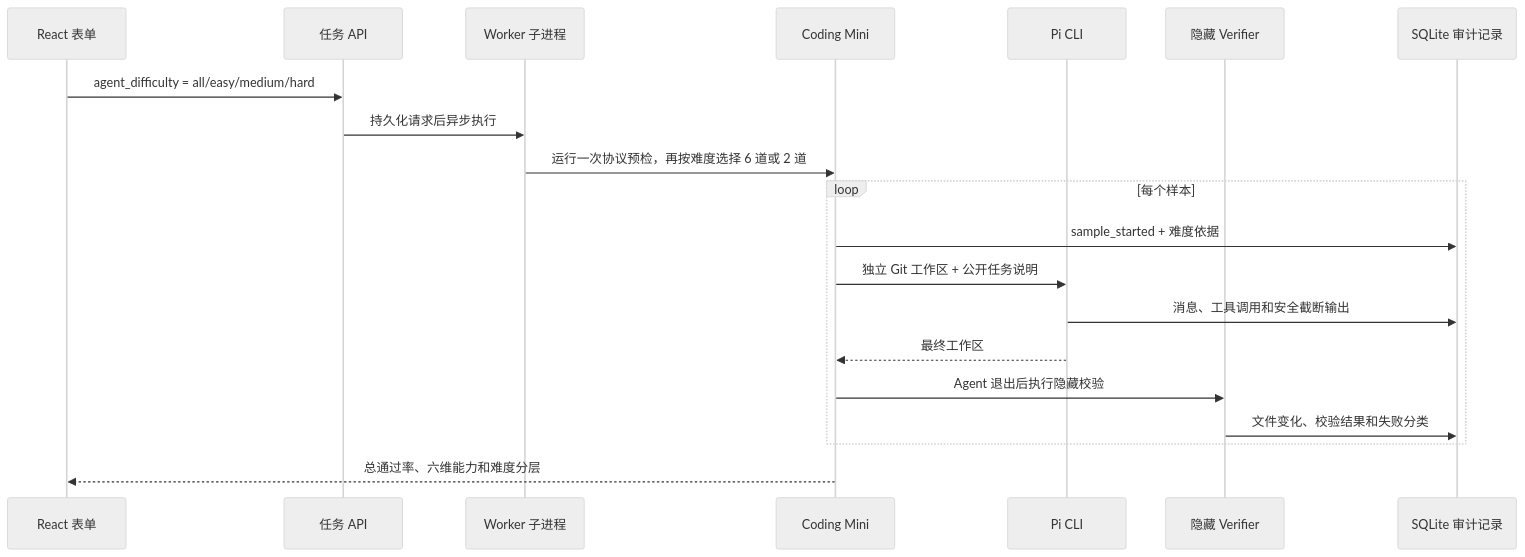
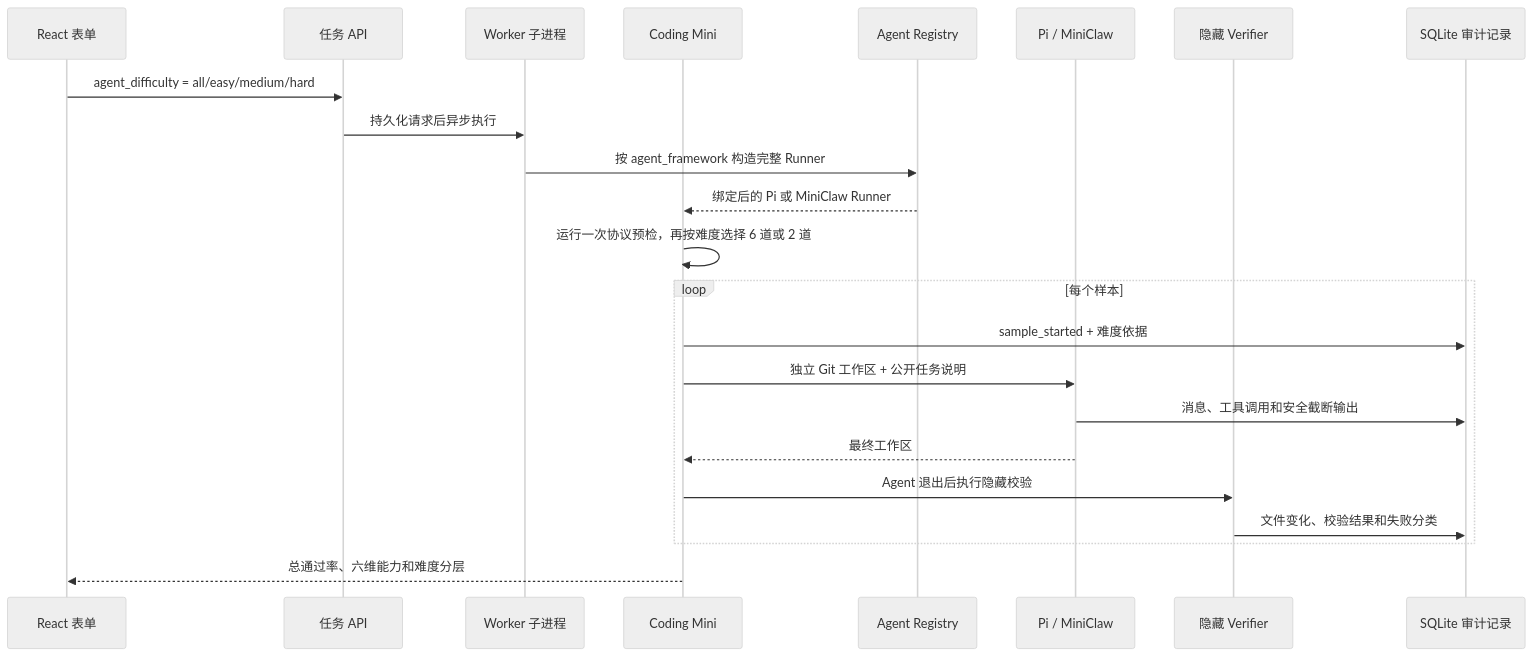
Before and after one commit to NEDONION/evalhub: the second of 2 diagrams in docs/architecture/20260804_系统架构.md, drawn with Mermaid (neutral theme). The commit also changed other lines of this file and 5 other files, not shown here.

````diff
--- a/docs/architecture/20260804_系统架构.md
+++ b/docs/architecture/20260804_系统架构.md
@@ -81,23 +86,26 @@
 ```mermaid
 sequenceDiagram
     participant UI as React 表单
     participant API as 任务 API
     participant W as Worker 子进程
     participant B as Coding Mini
-    participant C as Pi CLI
+    participant R as Agent Registry
+    participant C as Pi / MiniClaw
     participant V as 隐藏 Verifier
     participant DB as SQLite 审计记录
 
     UI->>API: agent_difficulty = all/easy/medium/hard
     API->>W: 持久化请求后异步执行
-    W->>B: 运行一次协议预检，再按难度选择 6 道或 2 道
+    W->>R: 按 agent_framework 构造完整 Runner
+    R-->>B: 绑定后的 Pi 或 MiniClaw Runner
+    B->>B: 运行一次协议预检，再按难度选择 6 道或 2 道
     loop 每个样本
         B->>DB: sample_started + 难度依据
         B->>C: 独立 Git 工作区 + 公开任务说明
         C->>DB: 消息、工具调用和安全截断输出
         C-->>B: 最终工作区
         B->>V: Agent 退出后执行隐藏校验
         V->>DB: 文件变化、校验结果和失败分类
     end
     B-->>UI: 总通过率、六维能力和难度分层
 ```
````
